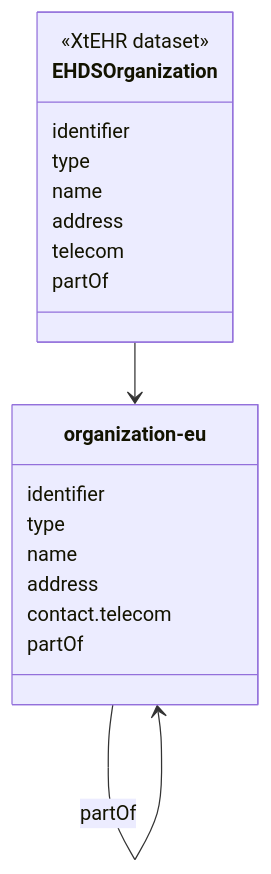
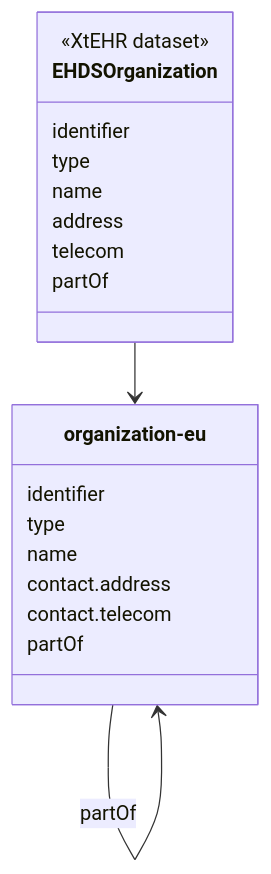
The diagram in input/intro-notes/ConceptMap-EHDSOrganizationMap-intro.md (oijauregui/ehdsimaging), drawn with Mermaid before and after one commit. The commit also changed 22 other files, not shown here.

````diff
--- a/input/intro-notes/ConceptMap-EHDSOrganizationMap-intro.md
+++ b/input/intro-notes/ConceptMap-EHDSOrganizationMap-intro.md
@@ -5,23 +5,23 @@
 ```mermaid
 classDiagram
 class EHDSOrganization {
   <<XtEHR dataset>>
   identifier
   type
   name
   address
   telecom
   partOf
 }
 class organization-eu{
   identifier
   type
   name
-  address
+  contact.address
   contact.telecom
   partOf
 }
 
 EHDSOrganization --> organization-eu
 organization-eu --> organization-eu : partOf
 ```
````
